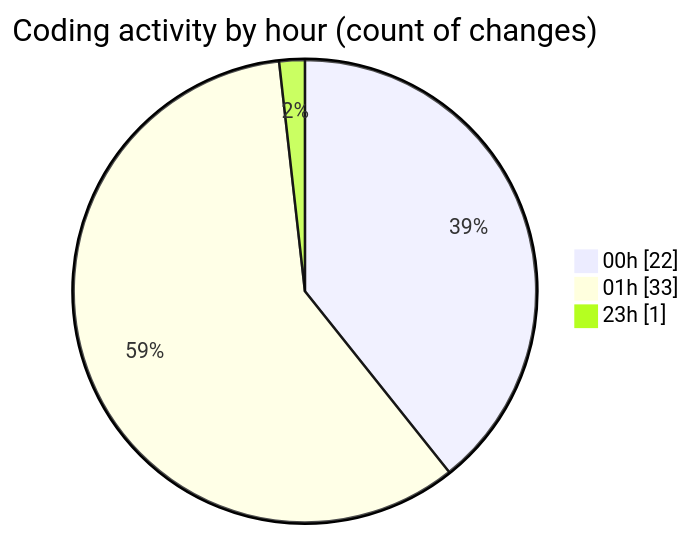
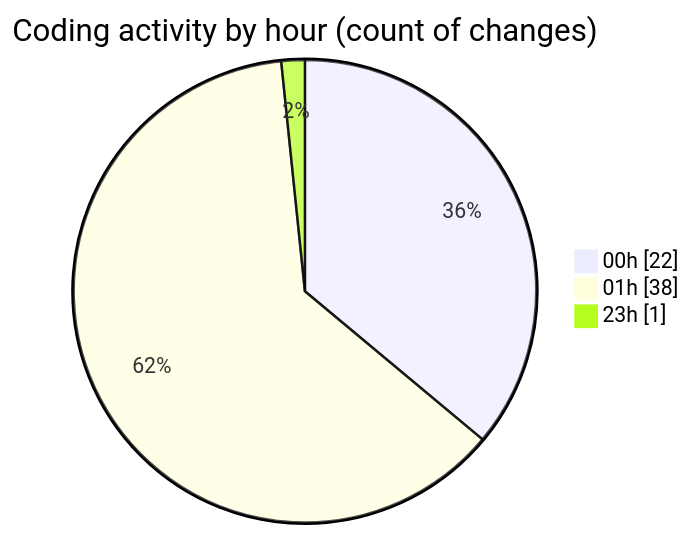
Before and after one commit to EIIisD/code-tracking: the second of 2 diagrams in 2025-07-29/refunds/README.md, drawn with Mermaid. The commit also changed other lines of this file and 1 other file, not shown here.

````diff
--- a/2025-07-29/refunds/README.md
+++ b/2025-07-29/refunds/README.md
@@ -28,7 +28,7 @@
 ```mermaid
 pie showData
 title Coding activity by hour (count of changes)
 "00h" : 22
-"01h" : 33
+"01h" : 38
 "23h" : 1
 ```
````
